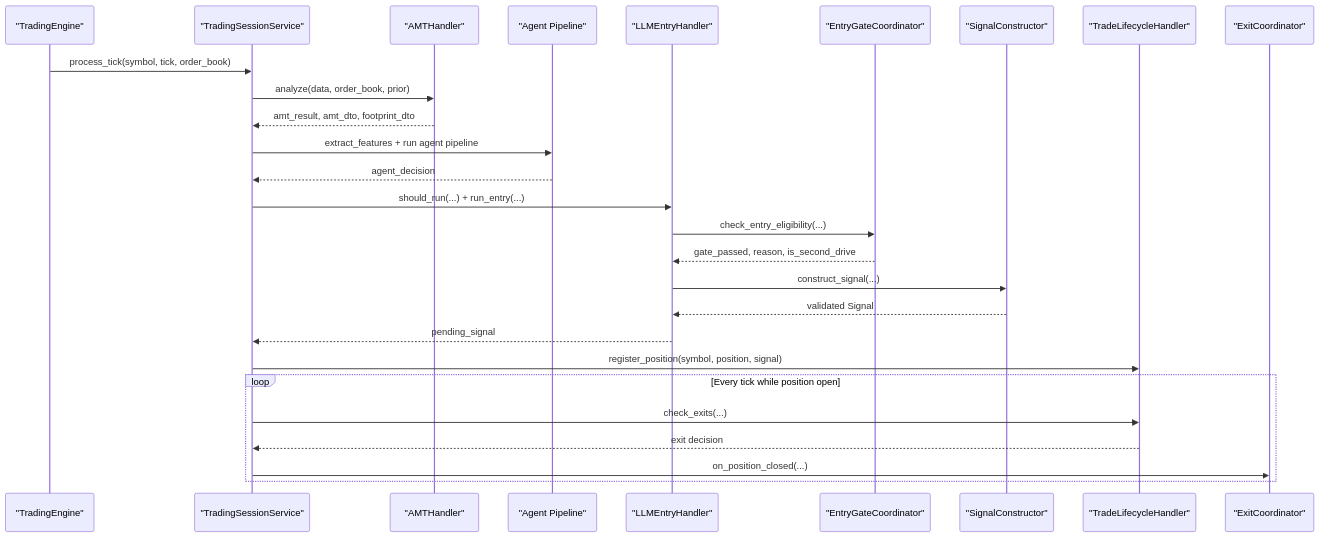
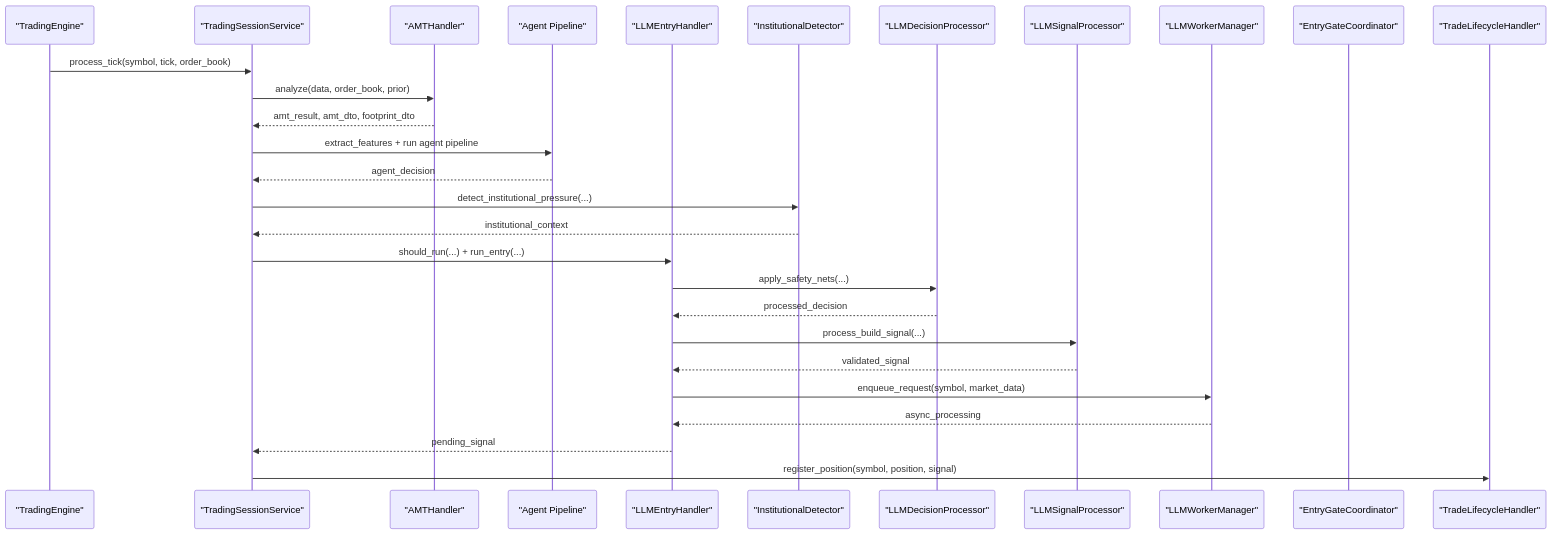
Before and after one commit to gemrajkhatry-maker/v5-of-glassytrade-ai: the second of 14 diagrams in .qoder/repowiki/en/content/Backend Application/Application Handlers/Application Handlers.md, drawn with Mermaid. The commit also changed other lines of this file and 219 other files, not shown here.

First line of the commit message:
refactor: major architecture improvements across backend, backendv2, brokers, and frontend

````diff
--- a/.qoder/repowiki/en/content/Backend Application/Application Handlers/Application Handlers.md
+++ b/.qoder/repowiki/en/content/Backend Application/Application Handlers/Application Handlers.md
@@ -123,29 +158,30 @@
 ```mermaid
 sequenceDiagram
 participant Eng as "TradingEngine"
 participant Sess as "TradingSessionService"
 participant AMT as "AMTHandler"
 participant Agent as "Agent Pipeline"
 participant LLM as "LLMEntryHandler"
+participant Inst as "InstitutionalDetector"
+participant DecProc as "LLMDecisionProcessor"
+participant SigProc as "LLMSignalProcessor"
+participant Worker as "LLMWorkerManager"
 participant Gates as "EntryGateCoordinator"
-participant Sig as "SignalConstructor"
 participant Life as "TradeLifecycleHandler"
-participant Exit as "ExitCoordinator"
 Eng->>Sess : process_tick(symbol, tick, order_book)
 Sess->>AMT : analyze(data, order_book, prior)
 AMT-->>Sess : amt_result, amt_dto, footprint_dto
 Sess->>Agent : extract_features + run agent pipeline
 Agent-->>Sess : agent_decision
+Sess->>Inst : detect_institutional_pressure(...)
+Inst-->>Sess : institutional_context
 Sess->>LLM : should_run(...) + run_entry(...)
-LLM->>Gates : check_entry_eligibility(...)
-Gates-->>LLM : gate_passed, reason, is_second_drive
-LLM->>Sig : construct_signal(...)
-Sig-->>LLM : validated Signal
+LLM->>DecProc : apply_safety_nets(...)
+DecProc-->>LLM : processed_decision
+LLM->>SigProc : process_build_signal(...)
+SigProc-->>LLM : validated_signal
+LLM->>Worker : enqueue_request(symbol, market_data)
+Worker-->>LLM : async_processing
 LLM-->>Sess : pending_signal
 Sess->>Life : register_position(symbol, position, signal)
-loop Every tick while position open
-Sess->>Life : check_exits(...)
-Life-->>Sess : exit decision
-Sess->>Exit : on_position_closed(...)
-end
 ```
````
